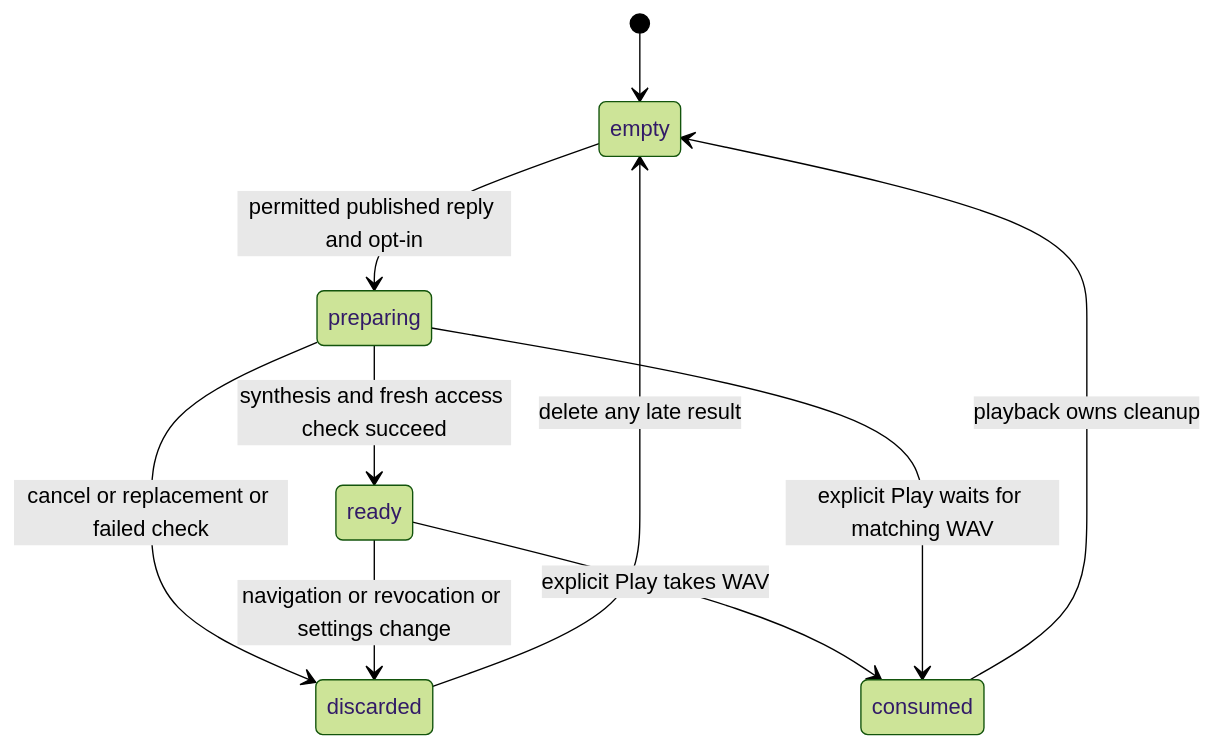
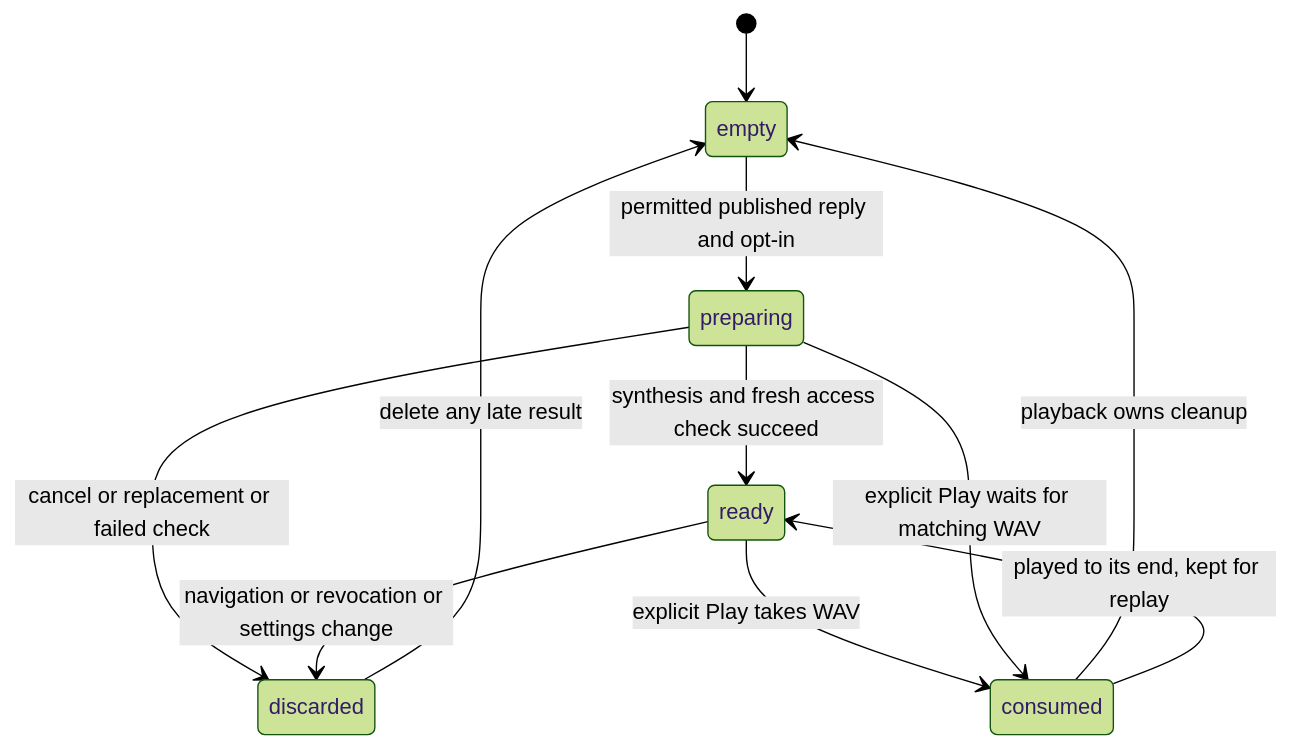
The second of 3 diagrams in knowledge/features/tts.md (matthiasn/lotti), drawn with Mermaid (forest theme) before and after one commit. The commit also changed other lines of this file and 12 other files, not shown here.

````diff
--- a/knowledge/features/tts.md
+++ b/knowledge/features/tts.md
@@ -255,12 +271,13 @@
 ```mermaid
 stateDiagram-v2
   [*] --> empty
   empty --> preparing: permitted published reply and opt-in
   preparing --> ready: synthesis and fresh access check succeed
   preparing --> discarded: cancel or replacement or failed check
   ready --> discarded: navigation or revocation or settings change
   ready --> consumed: explicit Play takes WAV
   preparing --> consumed: explicit Play waits for matching WAV
   discarded --> empty: delete any late result
   consumed --> empty: playback owns cleanup
+  consumed --> ready: played to its end, kept for replay
 ```
````
